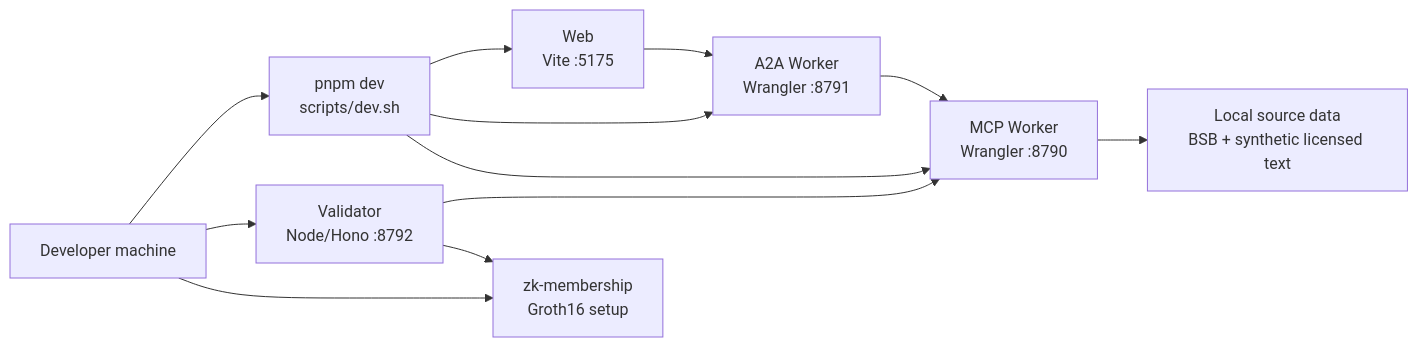
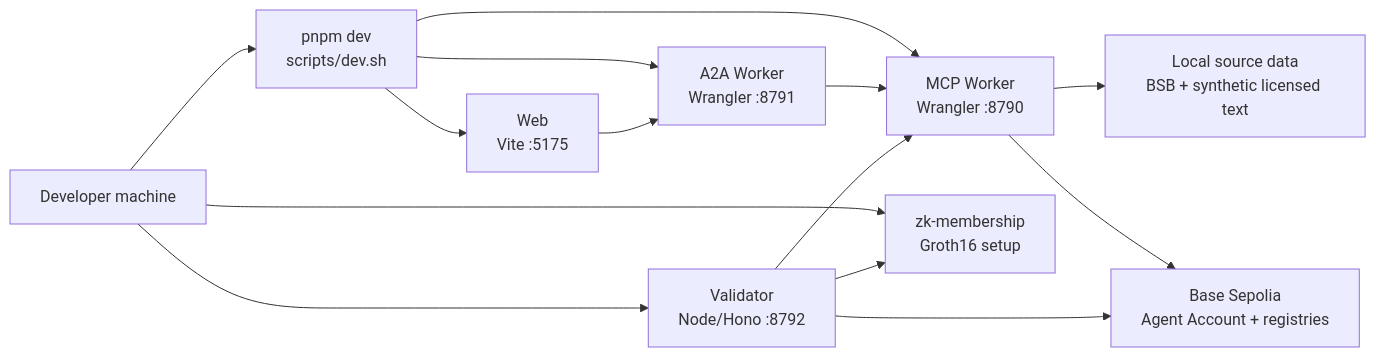
Before and after one commit to rpedersen3/verifiable-content-demo: the first of 5 diagrams in documents/operational-architecture.md, drawn with Mermaid. The commit also changed other lines of this file and 13 other files, not shown here.

First line of the commit message:
feat(impact): agents under .impact TLD + AP base-sepolia addresses in deployments

````diff
--- a/documents/operational-architecture.md
+++ b/documents/operational-architecture.md
@@ -9,23 +9,26 @@
 ```mermaid
 flowchart LR
   Dev["Developer machine"]
   Pnpm["pnpm dev\nscripts/dev.sh"]
   Web["Web\nVite :5175"]
   A2A["A2A Worker\nWrangler :8791"]
   MCP["MCP Worker\nWrangler :8790"]
   Validator["Validator\nNode/Hono :8792"]
   ZK["zk-membership\nGroth16 setup"]
+  Base["Base Sepolia\nAgent Account + registries"]
   Store["Local source data\nBSB + synthetic licensed text"]
 
   Dev --> Pnpm
   Pnpm --> Web
   Pnpm --> A2A
   Pnpm --> MCP
   Dev --> Validator
   Dev --> ZK
   MCP --> Store
   Web --> A2A
   A2A --> MCP
   Validator --> MCP
   Validator --> ZK
+  MCP --> Base
+  Validator --> Base
 ```
````
